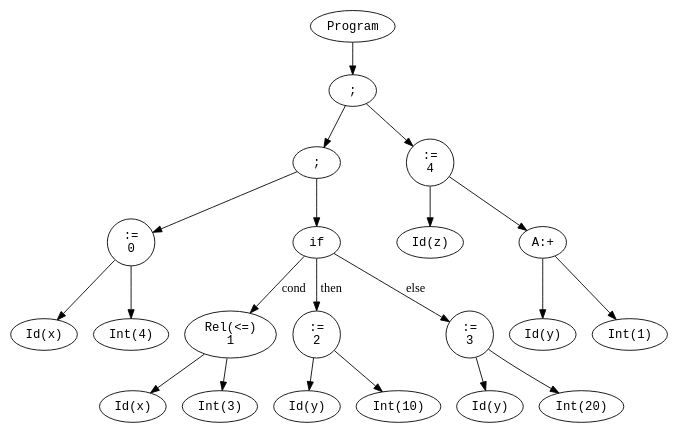
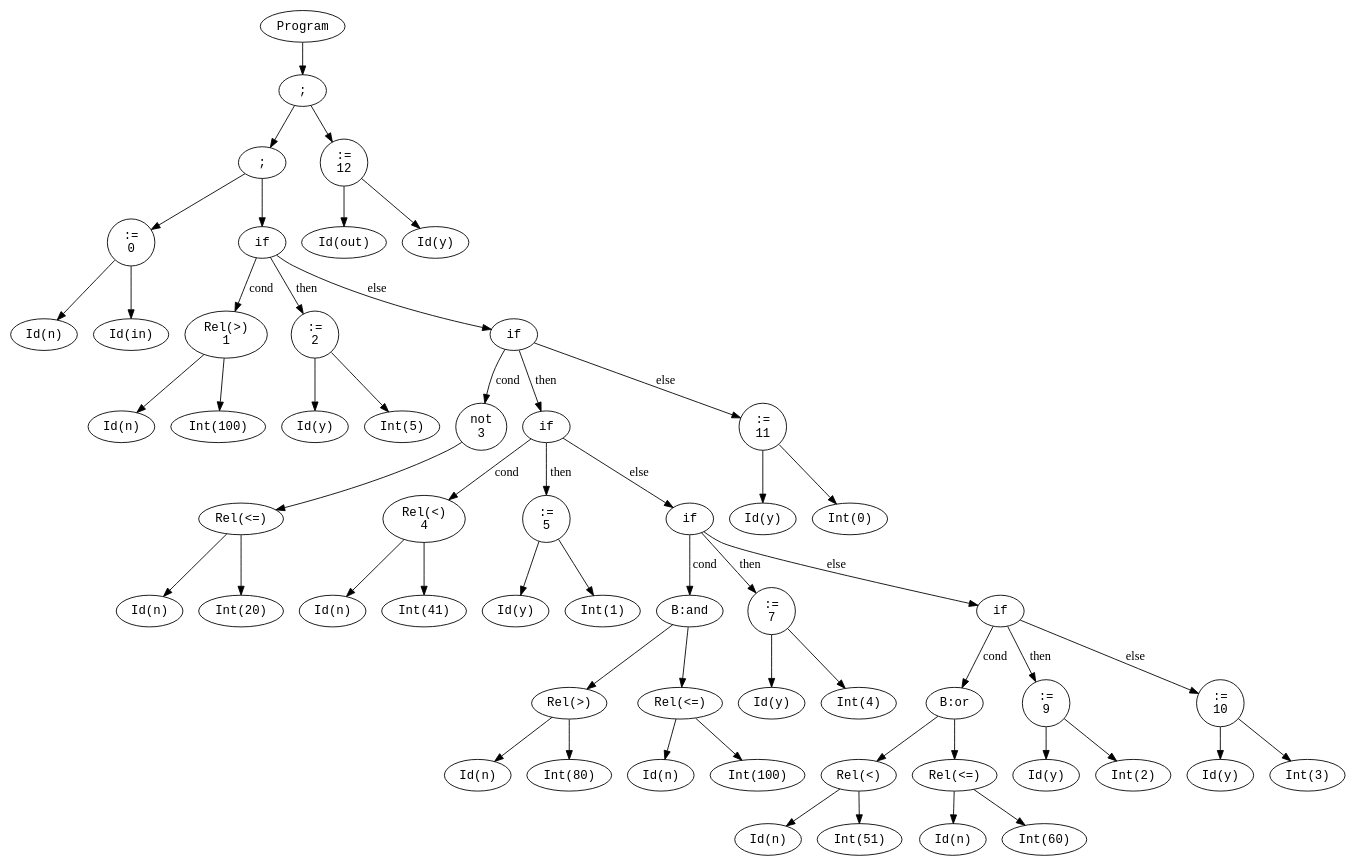
The diagram in project2/dotfiles/ast.dot (CatchSyntaxTerror/Terminators), drawn with Graphviz before and after one commit. The commit also changed 13 other files, not shown here.

```diff
--- a/project2/dotfiles/ast.dot
+++ b/project2/dotfiles/ast.dot
@@ -1,44 +1,114 @@
 digraph AST {
   node [shape=ellipse, fontname="Courier"];
   n1 [label="Program"];
   n2 [label=";"];
   n3 [label=";"];
   n4 [label=":=\n0"];
-  n5 [label="Id(x)"];
-  n6 [label="Int(4)"];
+  n5 [label="Id(n)"];
+  n6 [label="Id(in)"];
   n4 -> n5;
   n4 -> n6;
   n7 [label="if"];
-  n8 [label="Rel(<=)\n1"];
-  n9 [label="Id(x)"];
-  n10 [label="Int(3)"];
+  n8 [label="Rel(>)\n1"];
+  n9 [label="Id(n)"];
+  n10 [label="Int(100)"];
   n8 -> n9;
   n8 -> n10;
   n11 [label=":=\n2"];
   n12 [label="Id(y)"];
-  n13 [label="Int(10)"];
+  n13 [label="Int(5)"];
   n11 -> n12;
   n11 -> n13;
-  n14 [label=":=\n3"];
-  n15 [label="Id(y)"];
-  n16 [label="Int(20)"];
-  n14 -> n15;
-  n14 -> n16;
+  n14 [label="if"];
+  n15 [label="not\n3"];
+  n16 [label="Rel(<=)"];
+  n17 [label="Id(n)"];
+  n18 [label="Int(20)"];
+  n16 -> n17;
+  n16 -> n18;
+  n15 -> n16;
+  n19 [label="if"];
+  n20 [label="Rel(<)\n4"];
+  n21 [label="Id(n)"];
+  n22 [label="Int(41)"];
+  n20 -> n21;
+  n20 -> n22;
+  n23 [label=":=\n5"];
+  n24 [label="Id(y)"];
+  n25 [label="Int(1)"];
+  n23 -> n24;
+  n23 -> n25;
+  n26 [label="if"];
+  n27 [label="B:and"];
+  n28 [label="Rel(>)"];
+  n29 [label="Id(n)"];
+  n30 [label="Int(80)"];
+  n28 -> n29;
+  n28 -> n30;
+  n31 [label="Rel(<=)"];
+  n32 [label="Id(n)"];
+  n33 [label="Int(100)"];
+  n31 -> n32;
+  n31 -> n33;
+  n27 -> n28;
+  n27 -> n31;
+  n34 [label=":=\n7"];
+  n35 [label="Id(y)"];
+  n36 [label="Int(4)"];
+  n34 -> n35;
+  n34 -> n36;
+  n37 [label="if"];
+  n38 [label="B:or"];
+  n39 [label="Rel(<)"];
+  n40 [label="Id(n)"];
+  n41 [label="Int(51)"];
+  n39 -> n40;
+  n39 -> n41;
+  n42 [label="Rel(<=)"];
+  n43 [label="Id(n)"];
+  n44 [label="Int(60)"];
+  n42 -> n43;
+  n42 -> n44;
+  n38 -> n39;
+  n38 -> n42;
+  n45 [label=":=\n9"];
+  n46 [label="Id(y)"];
+  n47 [label="Int(2)"];
+  n45 -> n46;
+  n45 -> n47;
+  n48 [label=":=\n10"];
+  n49 [label="Id(y)"];
+  n50 [label="Int(3)"];
+  n48 -> n49;
+  n48 -> n50;
+  n37 -> n38 [label="cond"];
+  n37 -> n45 [label="then"];
+  n37 -> n48 [label="else"];
+  n26 -> n27 [label="cond"];
+  n26 -> n34 [label="then"];
+  n26 -> n37 [label="else"];
+  n19 -> n20 [label="cond"];
+  n19 -> n23 [label="then"];
+  n19 -> n26 [label="else"];
+  n51 [label=":=\n11"];
+  n52 [label="Id(y)"];
+  n53 [label="Int(0)"];
+  n51 -> n52;
+  n51 -> n53;
+  n14 -> n15 [label="cond"];
+  n14 -> n19 [label="then"];
+  n14 -> n51 [label="else"];
   n7 -> n8 [label="cond"];
   n7 -> n11 [label="then"];
   n7 -> n14 [label="else"];
   n3 -> n4;
   n3 -> n7;
-  n17 [label=":=\n4"];
-  n18 [label="Id(z)"];
-  n19 [label="A:+"];
-  n20 [label="Id(y)"];
-  n21 [label="Int(1)"];
-  n19 -> n20;
-  n19 -> n21;
-  n17 -> n18;
-  n17 -> n19;
+  n54 [label=":=\n12"];
+  n55 [label="Id(out)"];
+  n56 [label="Id(y)"];
+  n54 -> n55;
+  n54 -> n56;
   n2 -> n3;
-  n2 -> n17;
+  n2 -> n54;
   n1 -> n2;
 }
```
